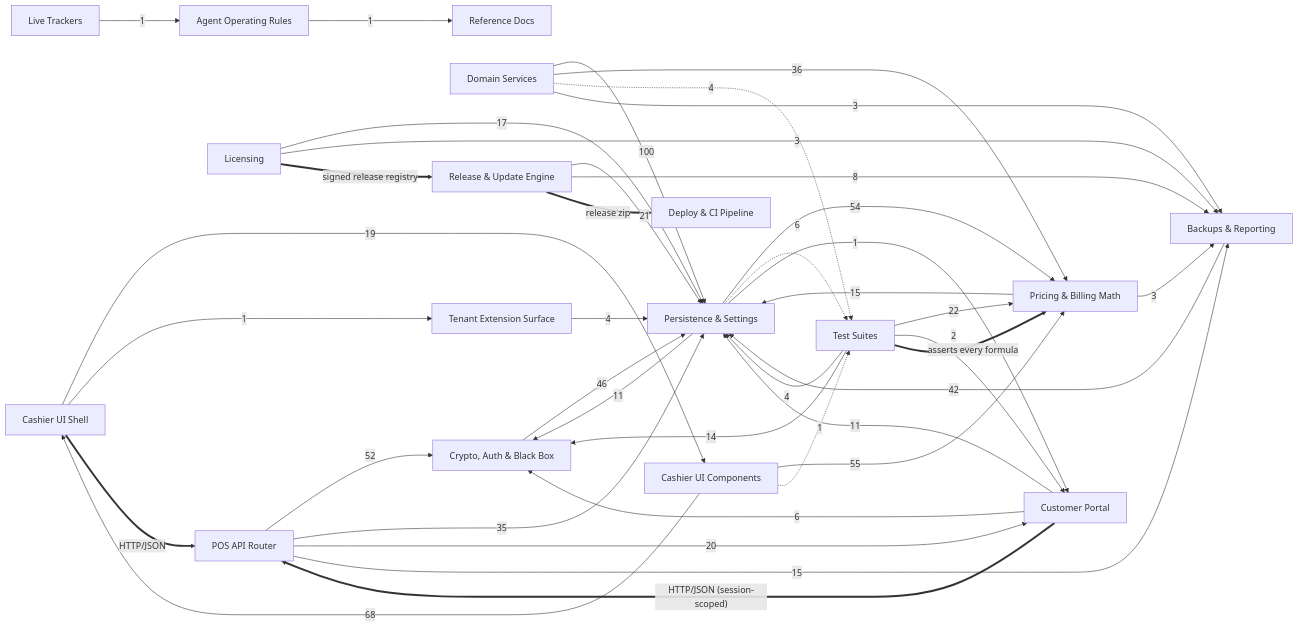
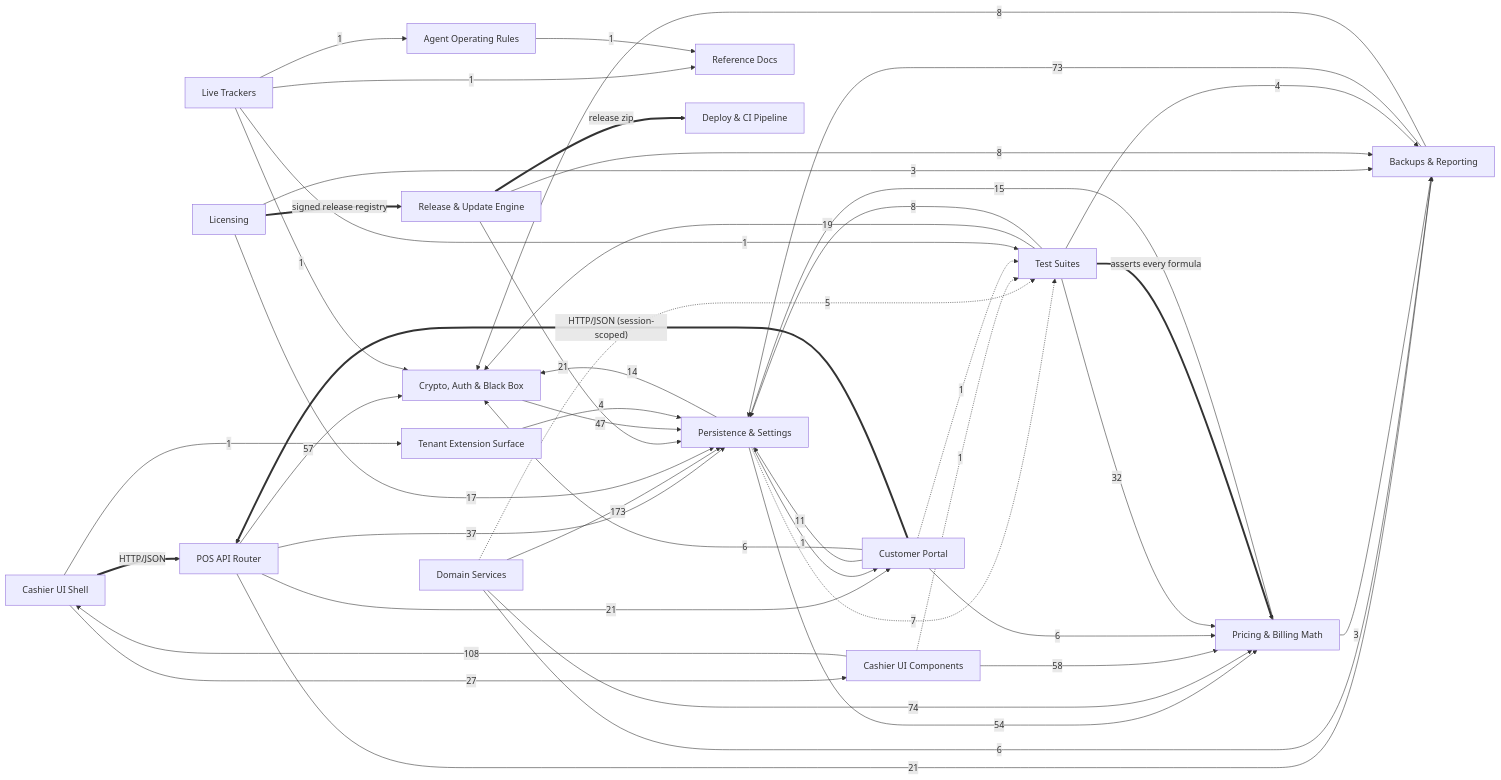
One commit to Vishalnayak226/gold_pos changed the second of 2 diagrams in docs/brain/BRAIN.md. Above: the diagram before and after it, drawn with Mermaid. The commit also changed other lines of this file and 96 other files, not shown here.

````diff
--- a/docs/brain/BRAIN.md
+++ b/docs/brain/BRAIN.md
@@ -94,59 +94,65 @@
 ```mermaid
 flowchart LR
   pos_api["POS API Router"]
   security["Crypto, Auth & Black Box"]
   persistence["Persistence & Settings"]
+  maintenance["Backups & Reporting"]
   customer_portal["Customer Portal"]
-  maintenance["Backups & Reporting"]
   pricing["Pricing & Billing Math"]
   tests["Test Suites"]
   domain_services["Domain Services"]
   pos_ui["Cashier UI Shell"]
   pos_components["Cashier UI Components"]
   extensions["Tenant Extension Surface"]
   licensing["Licensing"]
   updates["Release & Update Engine"]
   trackers["Live Trackers"]
   agent_config["Agent Operating Rules"]
   reference["Reference Docs"]
   deploy["Deploy & CI Pipeline"]
-  pos_api -->|"52"| security
-  pos_api -->|"35"| persistence
-  pos_api -->|"20"| customer_portal
-  pos_api -->|"15"| maintenance
+  pos_api -->|"57"| security
+  pos_api -->|"37"| persistence
+  pos_api -->|"21"| maintenance
+  pos_api -->|"21"| customer_portal
   persistence -->|"54"| pricing
-  persistence -->|"11"| security
-  persistence -.->|"6"| tests
+  persistence -->|"14"| security
+  persistence -.->|"7"| tests
   persistence -->|"1"| customer_portal
-  domain_services -->|"100"| persistence
-  domain_services -->|"36"| pricing
-  domain_services -.->|"4"| tests
-  domain_services -->|"3"| maintenance
+  domain_services -->|"173"| persistence
+  domain_services -->|"74"| pricing
+  domain_services -->|"6"| maintenance
+  domain_services -.->|"5"| tests
   pricing -->|"15"| persistence
   pricing -->|"3"| maintenance
-  pos_ui -->|"19"| pos_components
+  pos_ui -->|"27"| pos_components
   pos_ui -->|"1"| extensions
-  pos_components -->|"68"| pos_ui
-  pos_components -->|"55"| pricing
+  pos_components -->|"108"| pos_ui
+  pos_components -->|"58"| pricing
   pos_components -.->|"1"| tests
   customer_portal -->|"11"| persistence
   customer_portal -->|"6"| security
+  customer_portal -->|"6"| pricing
+  customer_portal -.->|"1"| tests
   licensing -->|"17"| persistence
   licensing -->|"3"| maintenance
   updates -->|"21"| persistence
   updates -->|"8"| maintenance
-  security -->|"46"| persistence
+  security -->|"47"| persistence
   extensions -->|"4"| persistence
-  maintenance -->|"42"| persistence
-  tests -->|"22"| pricing
-  tests -->|"14"| security
-  tests -->|"4"| persistence
-  tests -->|"2"| customer_portal
+  maintenance -->|"73"| persistence
+  maintenance -->|"8"| security
+  tests -->|"32"| pricing
+  tests -->|"19"| security
+  tests -->|"8"| persistence
+  tests -->|"4"| maintenance
   trackers -->|"1"| agent_config
+  trackers -->|"1"| tests
+  trackers -->|"1"| reference
+  trackers -->|"1"| security
   agent_config -->|"1"| reference
   pos_ui ==>|"HTTP/JSON"| pos_api
   customer_portal ==>|"HTTP/JSON (session-scoped)"| pos_api
   licensing ==>|"signed release registry"| updates
   updates ==>|"release zip"| deploy
   tests ==>|"asserts every formula"| pricing
 ```
````
